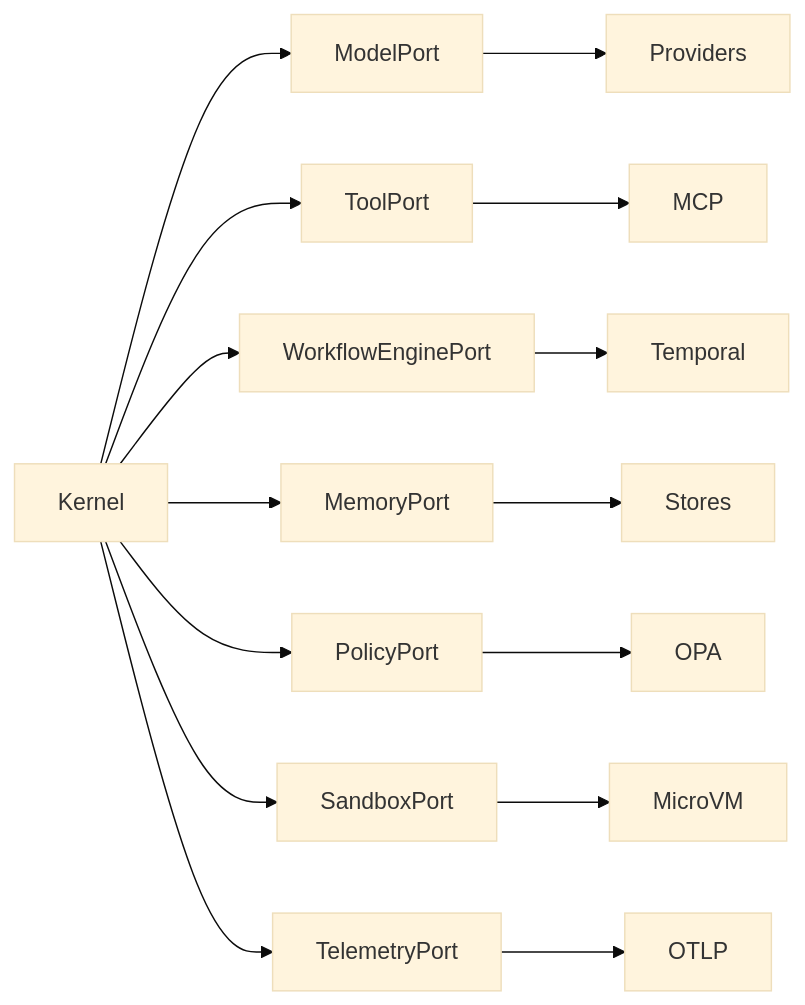
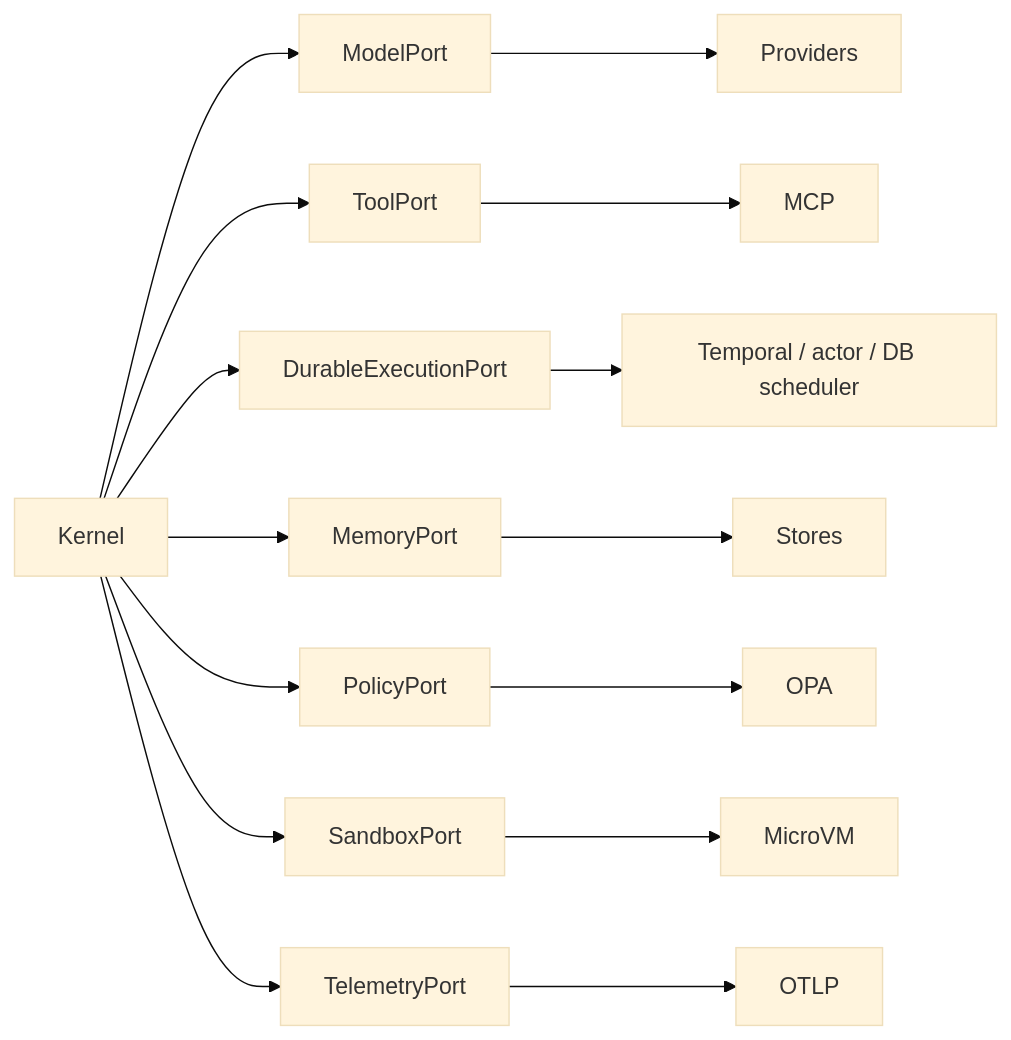
One commit to thaithienvanid/agentic-reference-architecture changed the fifth of 15 diagrams in diagrams/index.mdx. Above: the diagram before and after it, drawn with Mermaid (base theme). The commit also changed other lines of this file, not shown here.

Commit message:
align diagram pack with canonical documentation and runtime model

````diff
--- a/diagrams/index.mdx
+++ b/diagrams/index.mdx
@@ -71,10 +76,10 @@
 ```mermaid
 flowchart LR
   Kernel --> ModelPort --> Providers
   Kernel --> ToolPort --> MCP
-  Kernel --> WorkflowEnginePort --> Temporal
+  Kernel --> DurableExecutionPort --> DurableBackend["Temporal / actor / DB scheduler"]
   Kernel --> MemoryPort --> Stores
   Kernel --> PolicyPort --> OPA
   Kernel --> SandboxPort --> MicroVM
   Kernel --> TelemetryPort --> OTLP
 ```
````
